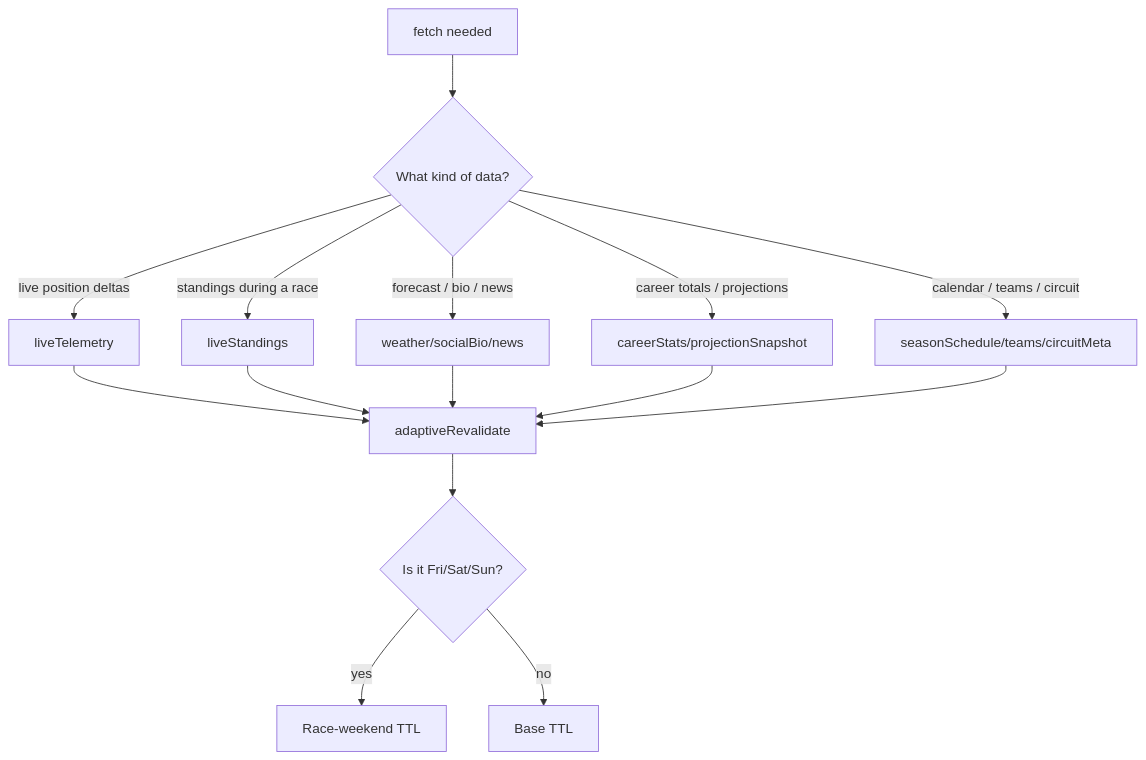
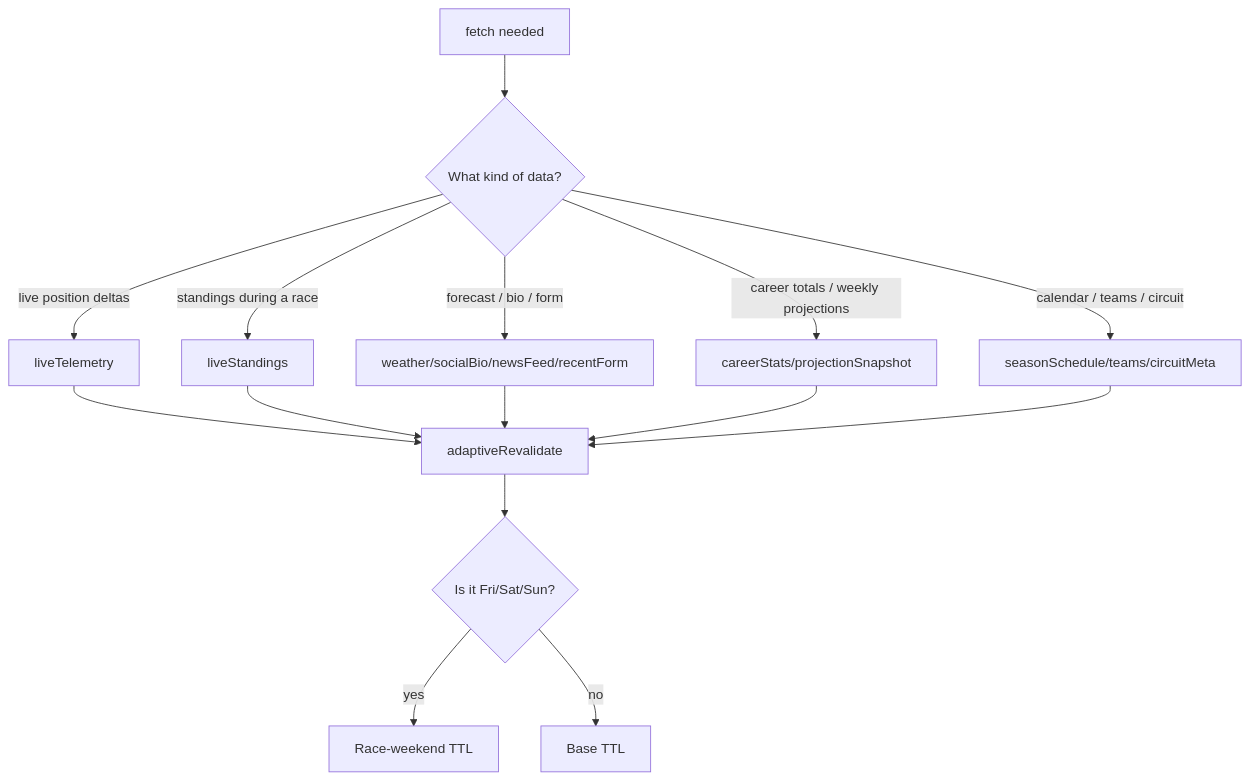
One commit to testpilott/f1_dashboard changed the diagram in onboarding/06-caching.md. Above: the diagram before and after it, drawn with Mermaid. The commit also changed other lines of this file and 107 other files, not shown here.

````diff
--- a/onboarding/06-caching.md
+++ b/onboarding/06-caching.md
@@ -25,17 +25,17 @@
 ```mermaid
 flowchart TD
     A[fetch needed] --> B{What kind of data?}
     B -->|live position deltas| C[liveTelemetry]
     B -->|standings during a race| D[liveStandings]
-    B -->|forecast / bio / news| E[weather/socialBio/news]
-    B -->|career totals / projections| F[careerStats/projectionSnapshot]
+    B -->|forecast / bio / form| E[weather/socialBio/newsFeed/recentForm]
+    B -->|career totals / weekly projections| F[careerStats/projectionSnapshot]
     B -->|calendar / teams / circuit| G[seasonSchedule/teams/circuitMeta]
     C --> H[adaptiveRevalidate]
     D --> H
     E --> H
     F --> H
     G --> H
     H --> I{Is it Fri/Sat/Sun?}
     I -->|yes| J[Race-weekend TTL]
     I -->|no| K[Base TTL]
 ```
````
